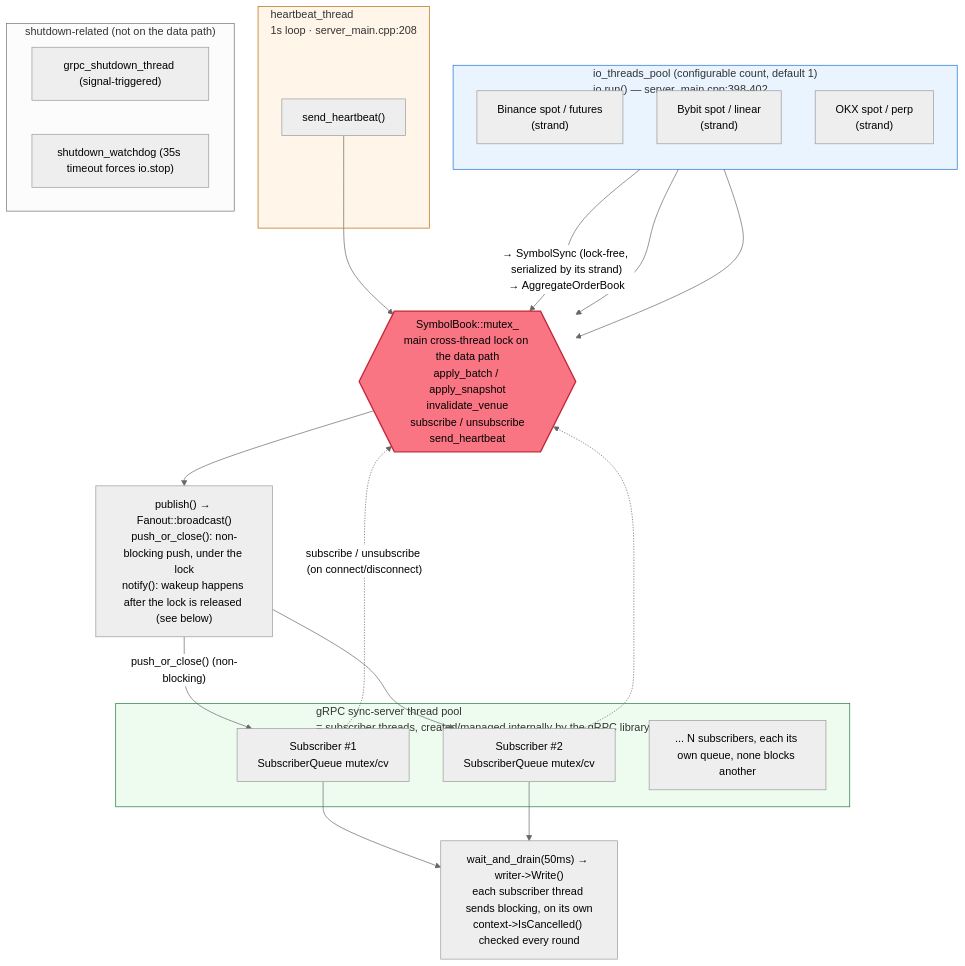
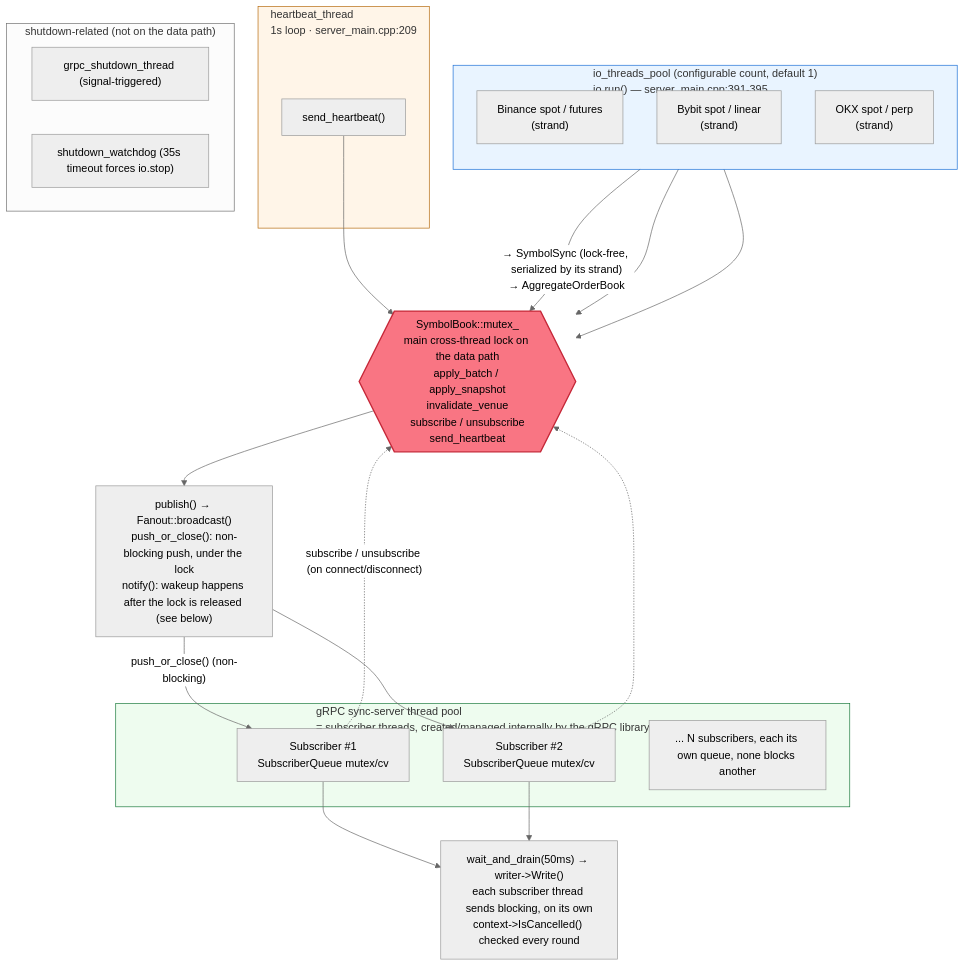
Before and after one commit to shuyufu/hermeneutic: the first of 2 diagrams in docs/thread_model.md, drawn with Mermaid (neutral theme). The commit also changed other lines of this file and 5 other files, not shown here.

````diff
--- a/docs/thread_model.md
+++ b/docs/thread_model.md
@@ -7,47 +7,47 @@
 ```mermaid
 flowchart TB
-    subgraph IO["io_threads_pool (configurable count, default 1)<br/>io.run() — server_main.cpp:398-402"]
+    subgraph IO["io_threads_pool (configurable count, default 1)<br/>io.run() — server_main.cpp:391-395"]
         direction TB
         B1["Binance spot / futures<br/>(strand)"]
         B2["Bybit spot / linear<br/>(strand)"]
         B3["OKX spot / perp<br/>(strand)"]
     end
 
-    subgraph HB["heartbeat_thread<br/>1s loop · server_main.cpp:208"]
+    subgraph HB["heartbeat_thread<br/>1s loop · server_main.cpp:209"]
         HBOP["send_heartbeat()"]
     end
 
     subgraph SD["shutdown-related (not on the data path)"]
         SD1["grpc_shutdown_thread (signal-triggered)"]
         SD2["shutdown_watchdog (35s timeout forces io.stop)"]
     end
 
     MUTEX{{"SymbolBook::mutex_<br/>main cross-thread lock on the data path<br/>apply_batch / apply_snapshot<br/>invalidate_venue<br/>subscribe / unsubscribe<br/>send_heartbeat"}}
 
     PUB["publish() → Fanout::broadcast()<br/>push_or_close(): non-blocking push, under the lock<br/>notify(): wakeup happens after the lock is released (see below)"]
 
     subgraph GRPC["gRPC sync-server thread pool<br/>= subscriber threads, created/managed internally by the gRPC library"]
         S1["Subscriber #1<br/>SubscriberQueue mutex/cv"]
         S2["Subscriber #2<br/>SubscriberQueue mutex/cv"]
         SN["... N subscribers, each its own queue, none blocks another"]
     end
 
     DRAIN["wait_and_drain(50ms) → writer->Write()<br/>each subscriber thread sends blocking, on its own<br/>context->IsCancelled() checked every round"]
 
     B1 -->|"→ SymbolSync (lock-free, serialized by its strand)<br/>→ AggregateOrderBook"| MUTEX
     B2 --> MUTEX
     B3 --> MUTEX
     HBOP --> MUTEX
     S1 -.->|"subscribe / unsubscribe (on connect/disconnect)"| MUTEX
     S2 -.-> MUTEX
     MUTEX --> PUB
     PUB -->|"push_or_close() (non-blocking)"| S1
     PUB --> S2
     S1 --> DRAIN
     S2 --> DRAIN
 
     style MUTEX fill:#f97583,color:#000,stroke:#c62839,stroke-width:2px
     style IO fill:#5aa9ff22,stroke:#1a6fd6
     style HB fill:#ffb45422,stroke:#b5690b
     style GRPC fill:#7ee78722,stroke:#1a7a3c
 ```
````
